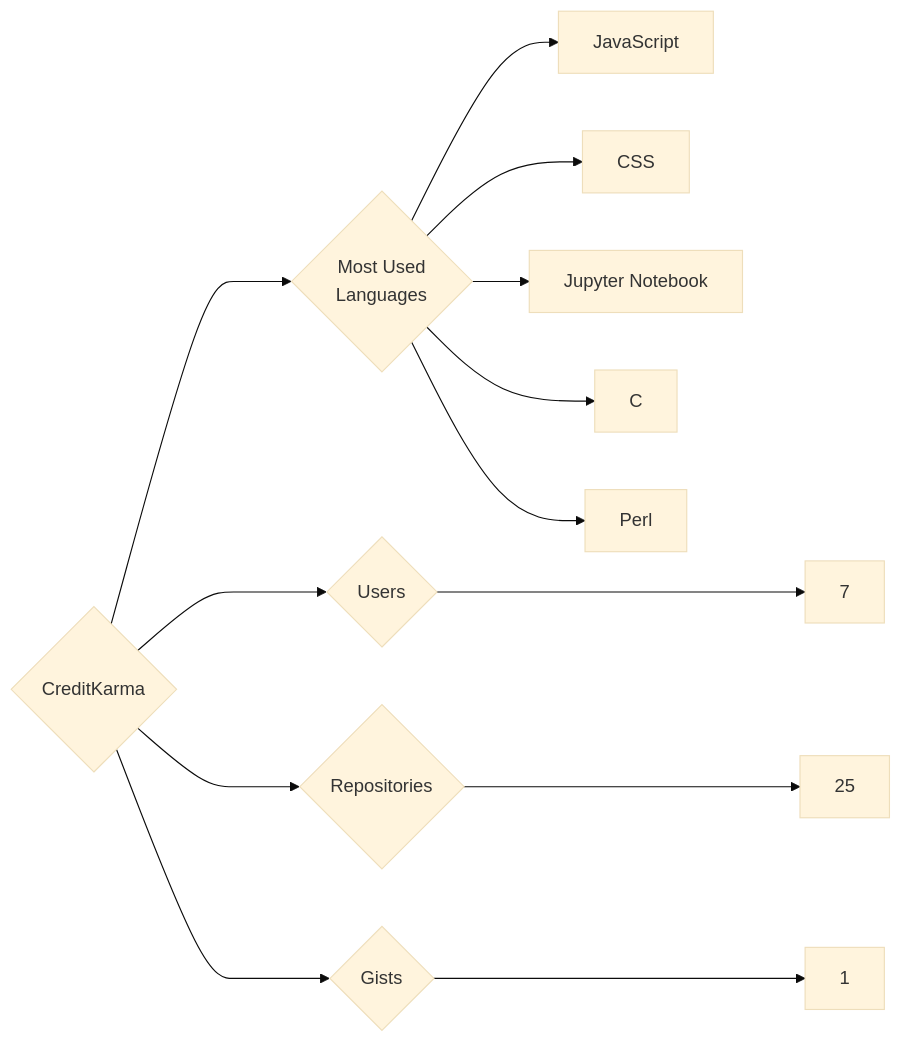
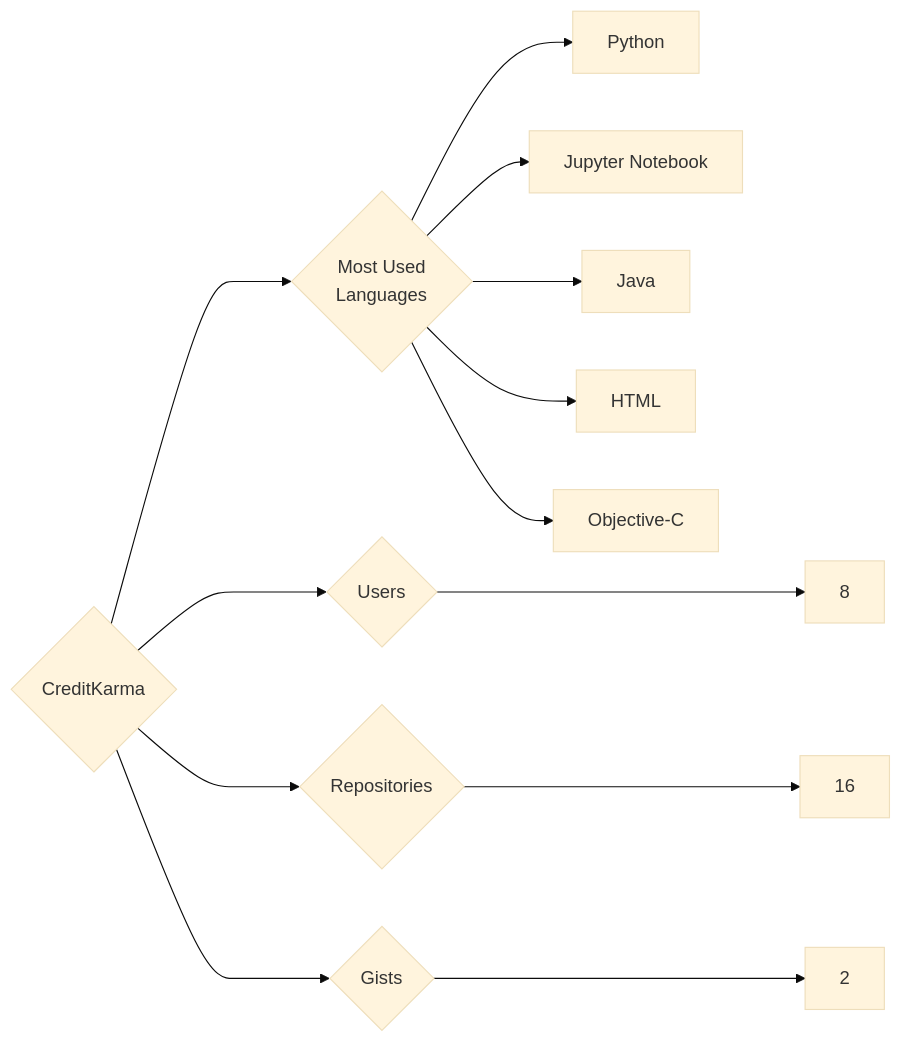
One commit to trickest/insiders changed the diagram in targets/CreditKarma/README.md. Above: the diagram before and after it, drawn with Mermaid (base theme). The commit also changed 912 other files, not shown here.

````diff
--- a/targets/CreditKarma/README.md
+++ b/targets/CreditKarma/README.md
@@ -3,13 +3,13 @@
 ```mermaid
 graph LR
 COMPANY_NAME{CreditKarma}
-COMPANY_NAME ---> U{Users} ---> UN[7]
-COMPANY_NAME ---> R{Repositories} ---> RN[25]
-COMPANY_NAME ---> G{Gists} ---> GN[1]
+COMPANY_NAME ---> U{Users} ---> UN[8]
+COMPANY_NAME ---> R{Repositories} ---> RN[16]
+COMPANY_NAME ---> G{Gists} ---> GN[2]
 COMPANY_NAME ---> ML{Most Used<br>Languages}
-ML --> JavaScript[JavaScript]
-ML --> CSS[CSS]
+ML --> Python[Python]
 ML --> Jupyter_Notebook[Jupyter Notebook]
-ML --> C[C]
-ML --> Perl[Perl]
+ML --> Java[Java]
+ML --> HTML[HTML]
+ML --> Objective-C[Objective-C]
 ```
````
